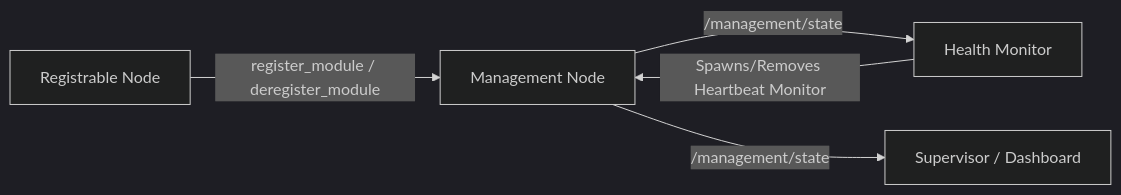
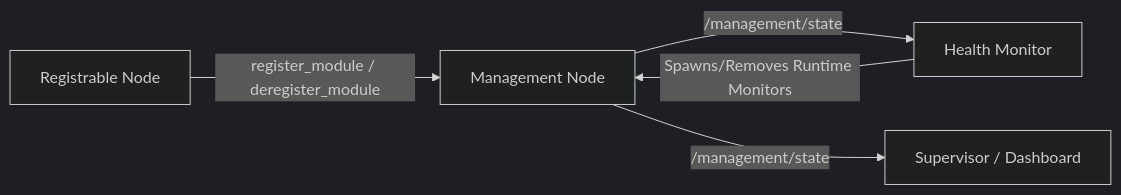
The fourth of 5 diagrams in src/drone_health_core/README.md (NILAMATHI1999/drone-health-modular-framework), drawn with Mermaid (dark theme) before and after one commit. The commit also changed other lines of this file and 10 other files, not shown here.

````diff
--- a/src/drone_health_core/README.md
+++ b/src/drone_health_core/README.md
@@ -181,7 +181,7 @@
 ```mermaid
 graph LR
     Node["Registrable Node"] -->|register_module / deregister_module| Mgmt["Management Node"]
     Mgmt -->|/management/state| HM["Health Monitor"]
-    HM -->|Spawns/Removes Heartbeat Monitor| Mgmt
+    HM -->|Spawns/Removes Runtime Monitors| Mgmt
     Mgmt -->|/management/state| Sup["Supervisor / Dashboard"]
 ```
````
